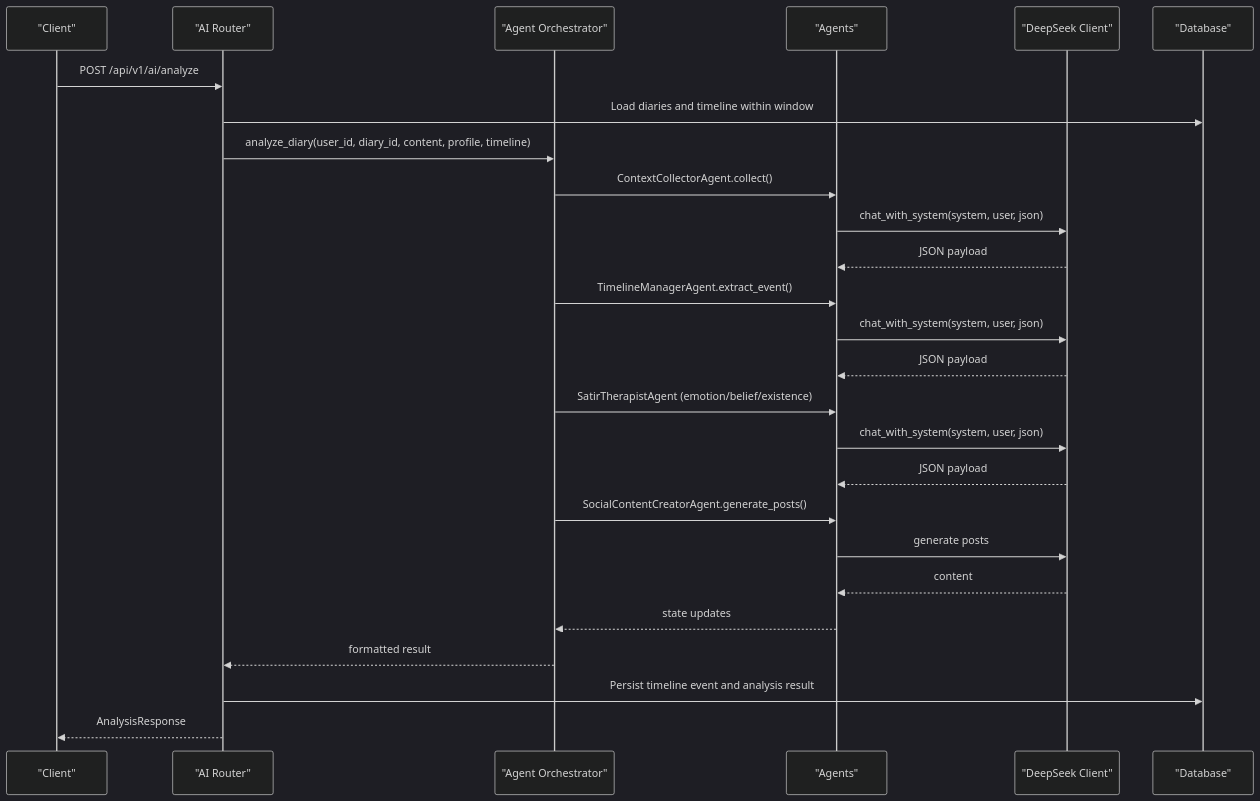
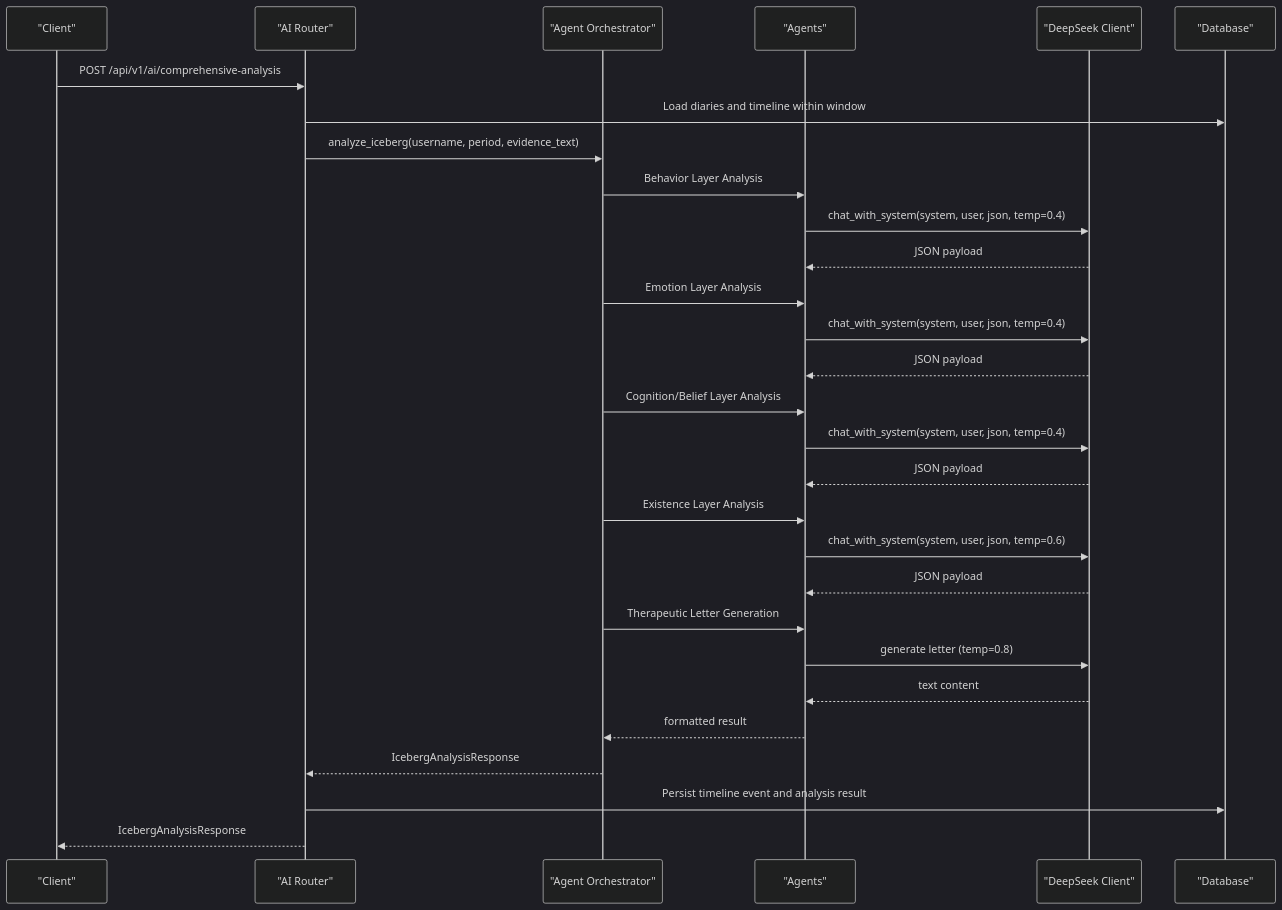
One commit to rainRise/aidiary changed the second of 7 diagrams in .qoder/repowiki/en/content/Backend System/API Endpoints Reference/AI Analysis Endpoints.md. Above: the diagram before and after it, drawn with Mermaid (dark theme). The commit also changed other lines of this file and 21 other files, not shown here.

````diff
--- a/.qoder/repowiki/en/content/Backend System/API Endpoints Reference/AI Analysis Endpoints.md
+++ b/.qoder/repowiki/en/content/Backend System/API Endpoints Reference/AI Analysis Endpoints.md
@@ -132,28 +159,31 @@
 ```mermaid
 sequenceDiagram
 participant Client as "Client"
 participant API as "AI Router"
 participant Orchestrator as "Agent Orchestrator"
 participant Agents as "Agents"
 participant LLM as "DeepSeek Client"
 participant DB as "Database"
-Client->>API : POST /api/v1/ai/analyze
+Client->>API : POST /api/v1/ai/comprehensive-analysis
 API->>DB : Load diaries and timeline within window
-API->>Orchestrator : analyze_diary(user_id, diary_id, content, profile, timeline)
-Orchestrator->>Agents : ContextCollectorAgent.collect()
-Agents->>LLM : chat_with_system(system, user, json)
+API->>Orchestrator : analyze_iceberg(username, period, evidence_text)
+Orchestrator->>Agents : Behavior Layer Analysis
+Agents->>LLM : chat_with_system(system, user, json, temp=0.4)
 LLM-->>Agents : JSON payload
-Orchestrator->>Agents : TimelineManagerAgent.extract_event()
-Agents->>LLM : chat_with_system(system, user, json)
+Orchestrator->>Agents : Emotion Layer Analysis
+Agents->>LLM : chat_with_system(system, user, json, temp=0.4)
 LLM-->>Agents : JSON payload
-Orchestrator->>Agents : SatirTherapistAgent (emotion/belief/existence)
-Agents->>LLM : chat_with_system(system, user, json)
+Orchestrator->>Agents : Cognition/Belief Layer Analysis
+Agents->>LLM : chat_with_system(system, user, json, temp=0.4)
 LLM-->>Agents : JSON payload
-Orchestrator->>Agents : SocialContentCreatorAgent.generate_posts()
-Agents->>LLM : generate posts
-LLM-->>Agents : content
-Agents-->>Orchestrator : state updates
-Orchestrator-->>API : formatted result
+Orchestrator->>Agents : Existence Layer Analysis
+Agents->>LLM : chat_with_system(system, user, json, temp=0.6)
+LLM-->>Agents : JSON payload
+Orchestrator->>Agents : Therapeutic Letter Generation
+Agents->>LLM : generate letter (temp=0.8)
+LLM-->>Agents : text content
+Agents-->>Orchestrator : formatted result
+Orchestrator-->>API : IcebergAnalysisResponse
 API->>DB : Persist timeline event and analysis result
-API-->>Client : AnalysisResponse
+API-->>Client : IcebergAnalysisResponse
 ```
````
